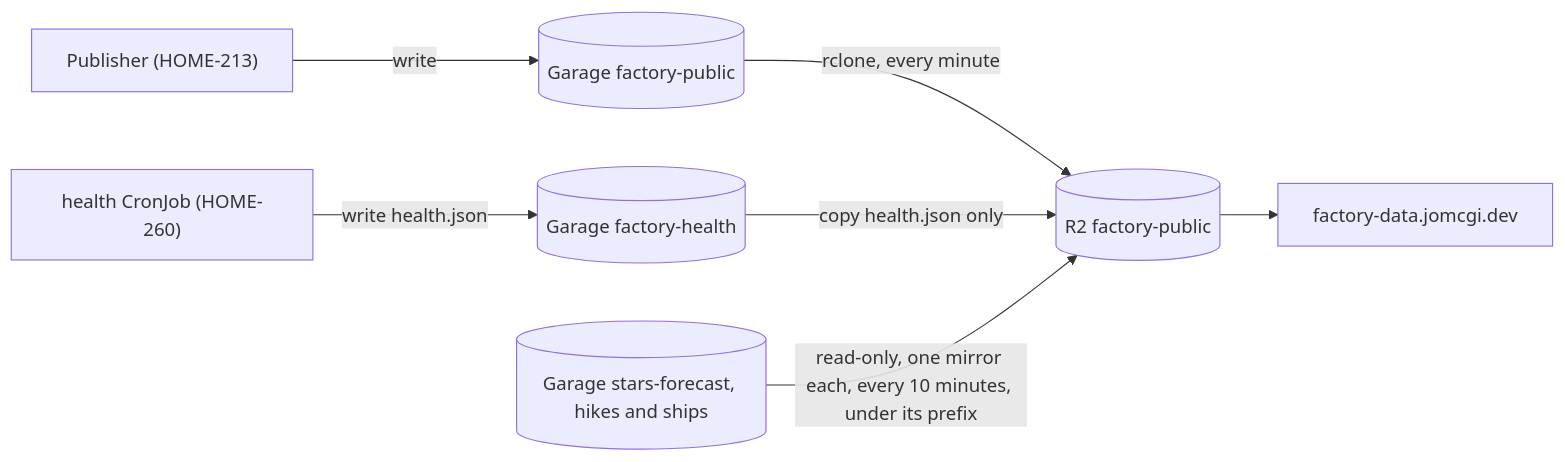
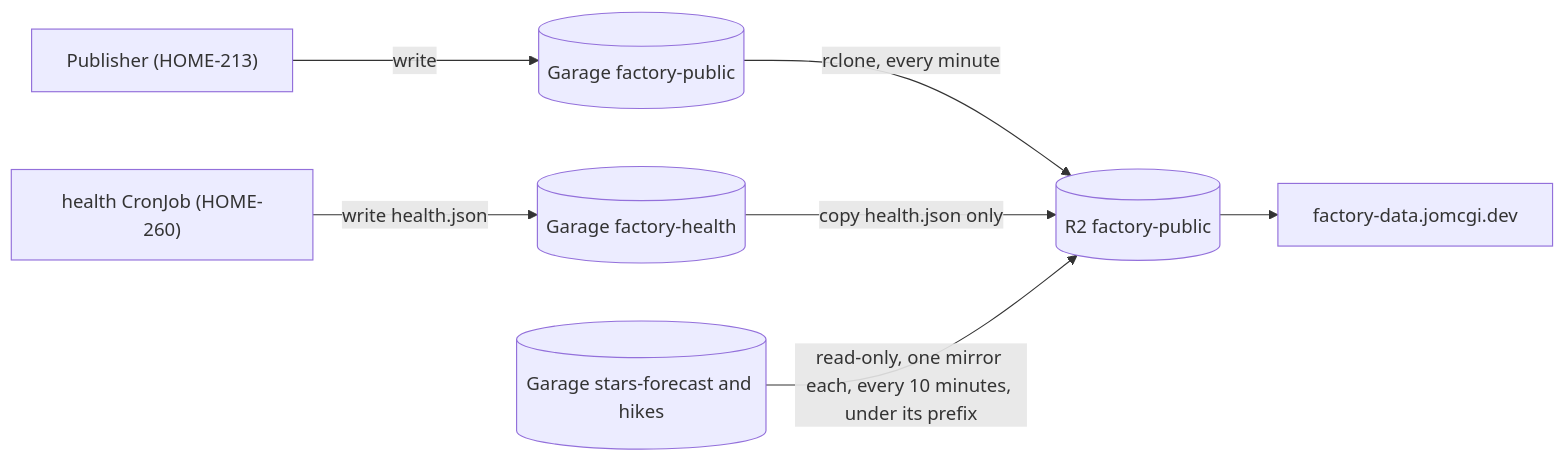
One commit to jomcgi-org/homelab changed the diagram in projects/factory-public/README.md. Above: the diagram before and after it, drawn with Mermaid. The commit also changed other lines of this file and 124 other files, not shown here.

````diff
--- a/projects/factory-public/README.md
+++ b/projects/factory-public/README.md
@@ -11,9 +11,9 @@
 ```mermaid
 flowchart LR
   publisher["Publisher (HOME-213)"] -- write --> garage[("Garage factory-public")]
   health["health CronJob (HOME-260)"] -- "write health.json" --> hgarage[("Garage factory-health")]
   garage -- "rclone, every minute" --> r2[("R2 factory-public")]
   hgarage -- "copy health.json only" --> r2
-  sources[("Garage stars-forecast, hikes and ships")] -- "read-only, one mirror each, every 10 minutes, under its prefix" --> r2
+  sources[("Garage stars-forecast and hikes")] -- "read-only, one mirror each, every 10 minutes, under its prefix" --> r2
   r2 --> cdn["factory-data.jomcgi.dev"]
 ```
````
